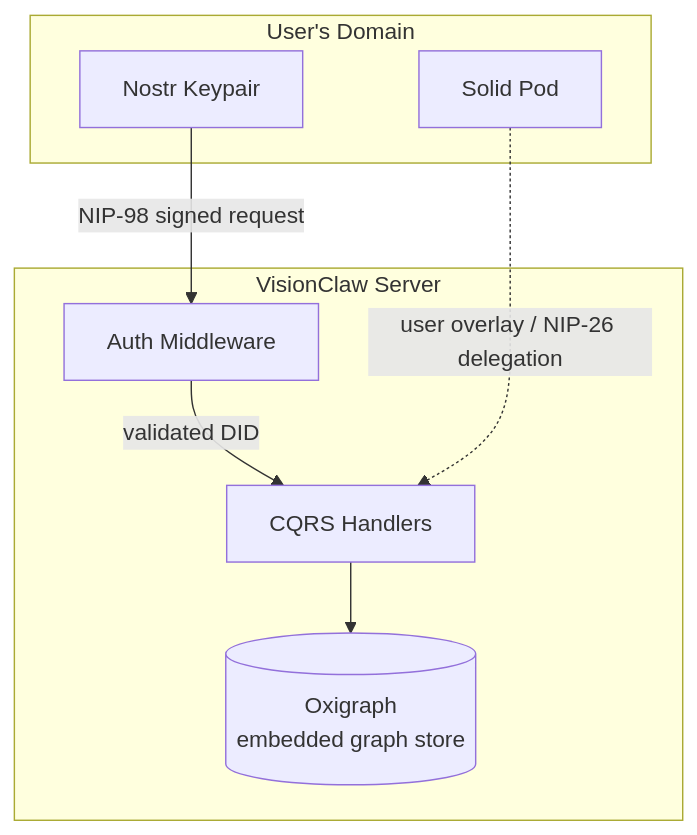
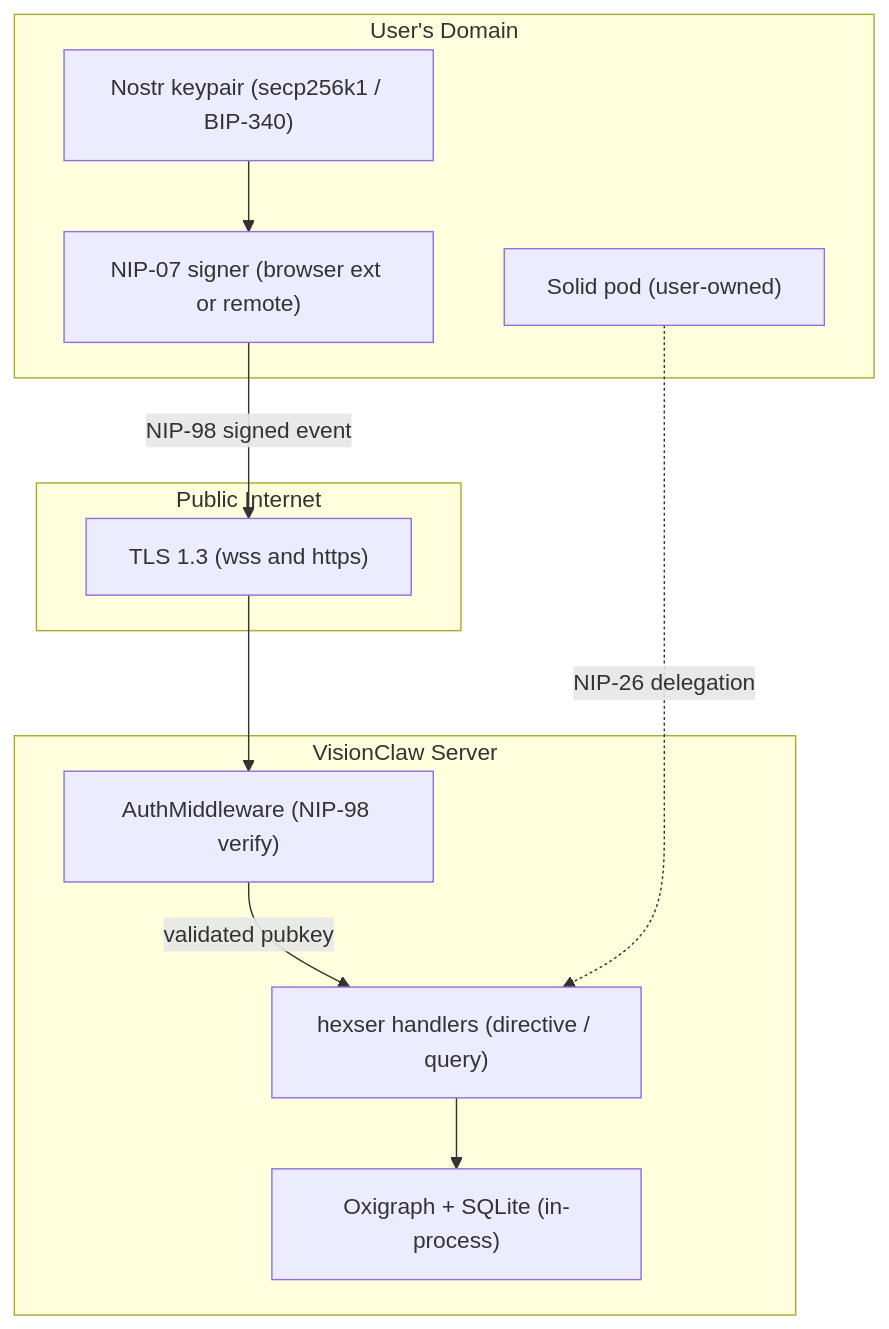
The first of 3 diagrams in docs/explanation/security-model.md (DreamLab-AI/AR-AI-Knowledge-Graph), drawn with Mermaid before and after one commit. The commit also changed other lines of this file and 455 other files, not shown here.

````diff
--- a/docs/explanation/security-model.md
+++ b/docs/explanation/security-model.md
@@ -25,16 +41,22 @@
 ```mermaid
-graph TB
-    subgraph "User's Domain"
-        Key[Nostr Keypair]
-        Pod[Solid Pod]
+flowchart TB
+    subgraph user["User's Domain"]
+        Key["Nostr keypair (secp256k1 / BIP-340)"]
+        Ext["NIP-07 signer (browser ext or remote)"]
+        Pod["Solid pod (user-owned)"]
     end
-    subgraph "VisionClaw Server"
-        Auth[Auth Middleware]
-        CQRS[CQRS Handlers]
-        Oxigraph[(Oxigraph\nembedded graph store)]
+    subgraph net["Public Internet"]
+        TLS["TLS 1.3 (wss and https)"]
     end
-    Key -->|NIP-98 signed request| Auth
-    Auth -->|validated DID| CQRS
-    CQRS --> Oxigraph
-    Pod -.->|user overlay / NIP-26 delegation| CQRS
+    subgraph server["VisionClaw Server"]
+        Auth["AuthMiddleware (NIP-98 verify)"]
+        Handlers["hexser handlers (directive / query)"]
+        Store["Oxigraph + SQLite (in-process)"]
+    end
+    Key --> Ext
+    Ext -->|"NIP-98 signed event"| TLS
+    TLS --> Auth
+    Auth -->|"validated pubkey"| Handlers
+    Handlers --> Store
+    Pod -.->|"NIP-26 delegation"| Handlers
 ```
````
